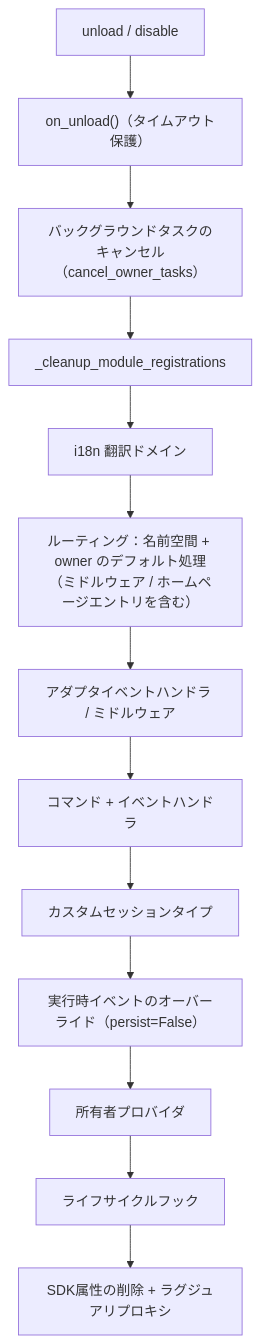
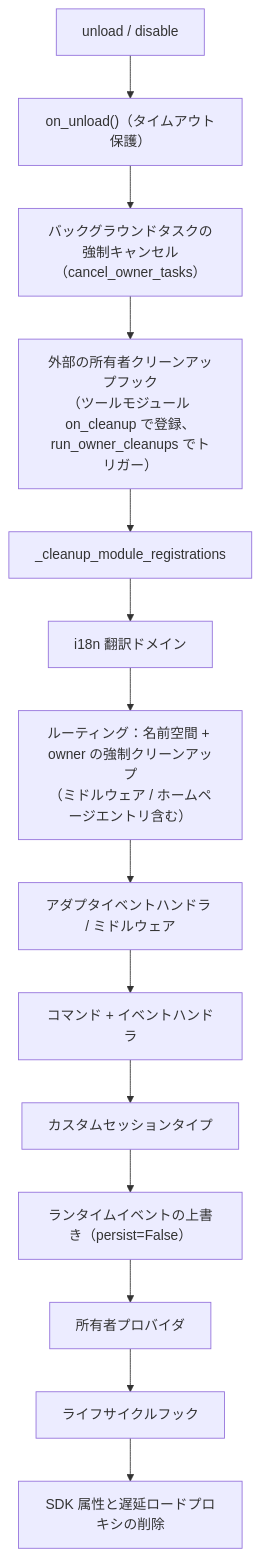
Before and after one commit to ErisPulse/ErisPulse: the diagram in docs/ja/advanced/ownership.md, drawn with Mermaid. The commit also changed other lines of this file and 39 other files, not shown here.

````diff
--- a/docs/ja/advanced/ownership.md
+++ b/docs/ja/advanced/ownership.md
@@ -74,15 +77,16 @@
 ```mermaid
 flowchart TD
     A["unload / disable"] --> B["on_unload()（タイムアウト保護）"]
-    B --> C["バックグラウンドタスクのキャンセル（cancel_owner_tasks）"]
-    C --> D["_cleanup_module_registrations"]
+    B --> C["バックグラウンドタスクの強制キャンセル（cancel_owner_tasks）"]
+    C --> C1["外部の所有者クリーンアップフック<br/>（ツールモジュール on_cleanup で登録、run_owner_cleanups でトリガー）"]
+    C1 --> D["_cleanup_module_registrations"]
     D --> D1["i18n 翻訳ドメイン"]
-    D1 --> D2["ルーティング：名前空間 + owner のデフォルト処理<br/>（ミドルウェア / ホームページエントリを含む）"]
+    D1 --> D2["ルーティング：名前空間 + owner の強制クリーンアップ<br/>（ミドルウェア / ホームページエントリ含む）"]
     D2 --> D3["アダプタイベントハンドラ / ミドルウェア"]
     D3 --> D4["コマンド + イベントハンドラ"]
     D4 --> D5["カスタムセッションタイプ"]
-    D5 --> D6["実行時イベントのオーバーライド（persist=False）"]
+    D5 --> D6["ランタイムイベントの上書き（persist=False）"]
     D6 --> D7["所有者プロバイダ"]
     D7 --> D8["ライフサイクルフック"]
-    D8 --> E["SDK属性の削除 + ラグジュアリプロキシ"]
+    D8 --> E["SDK 属性と遅延ロードプロキシの削除"]
 ```
````
